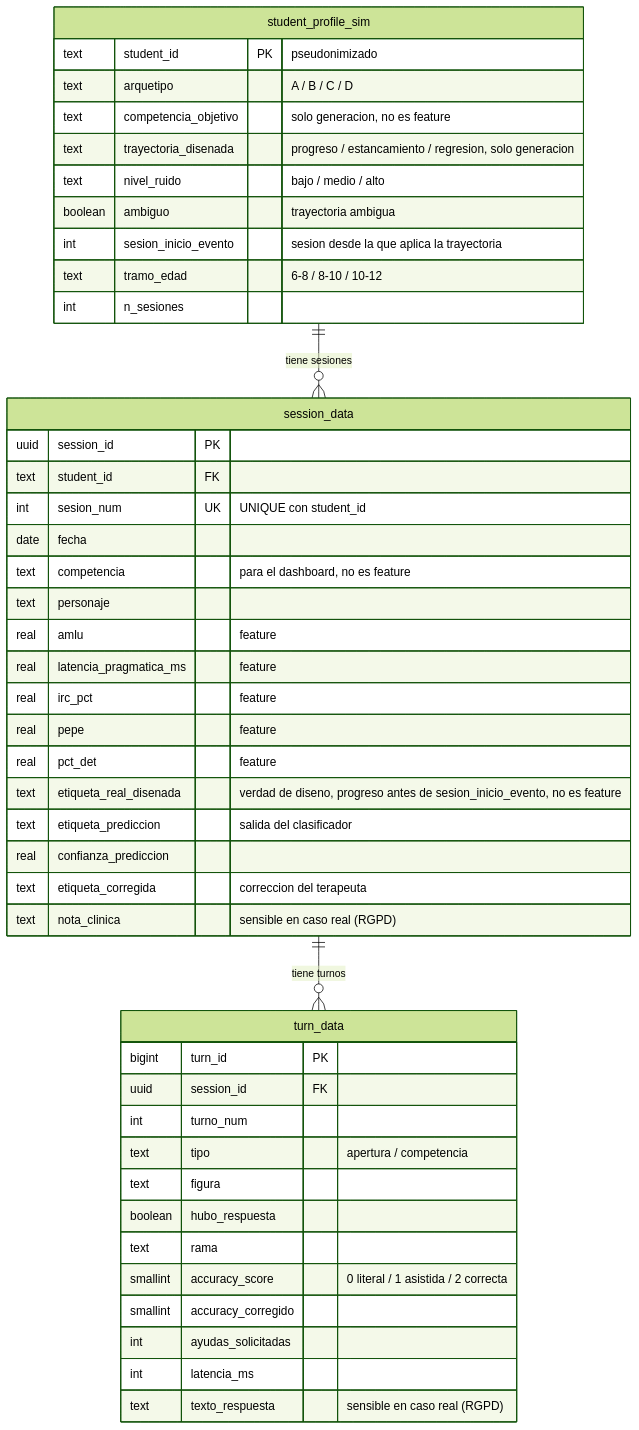
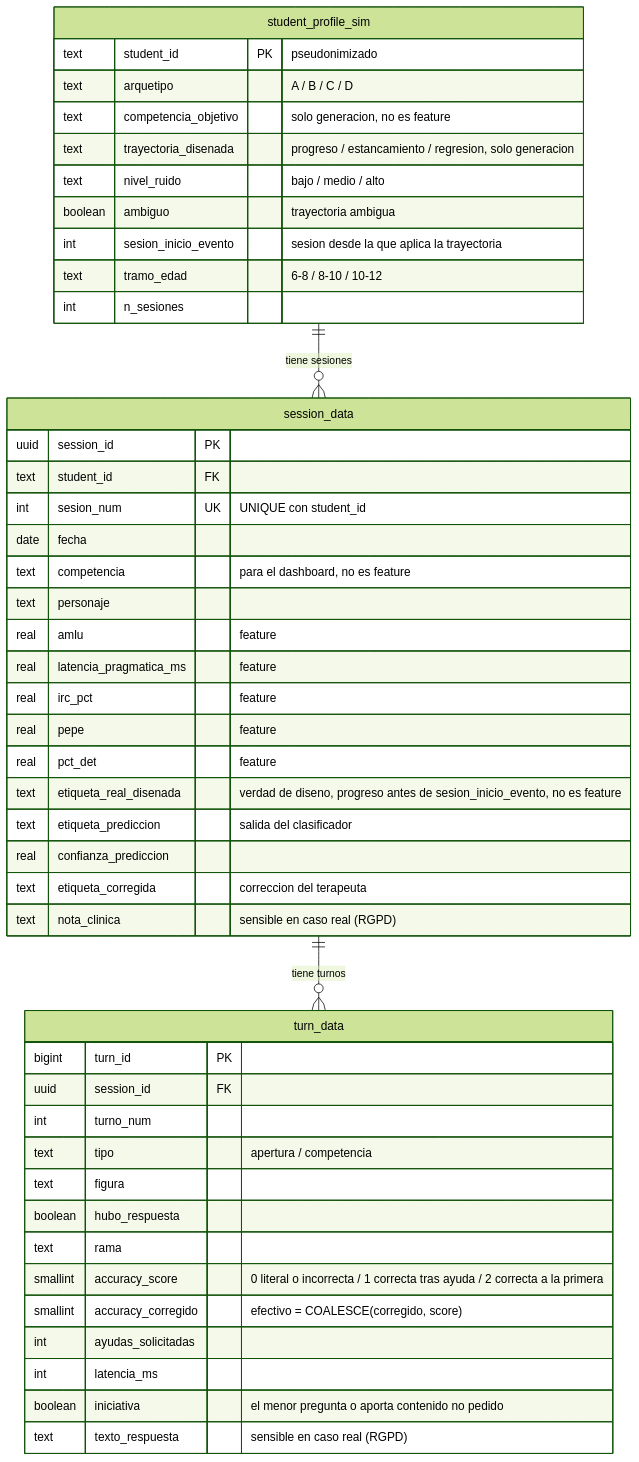
Before and after one commit to MarcosExp/Social-Sim-Chat: the diagram in docs/er.mmd, drawn with Mermaid (forest theme). The commit also changed 4 other files, not shown here.

Commit message:
Renombra environment/, ER con iniciativa, PNG en docs/ y README con arquitectura

```diff
--- a/docs/er.mmd
+++ b/docs/er.mmd
@@ -1,49 +1,50 @@
 erDiagram
     student_profile_sim ||--o{ session_data : "tiene sesiones"
     session_data ||--o{ turn_data : "tiene turnos"
 
     student_profile_sim {
         text student_id PK "pseudonimizado"
         text arquetipo "A / B / C / D"
         text competencia_objetivo "solo generacion, no es feature"
         text trayectoria_disenada "progreso / estancamiento / regresion, solo generacion"
         text nivel_ruido "bajo / medio / alto"
         boolean ambiguo "trayectoria ambigua"
         int sesion_inicio_evento "sesion desde la que aplica la trayectoria"
         text tramo_edad "6-8 / 8-10 / 10-12"
         int n_sesiones
     }
 
     session_data {
         uuid session_id PK
         text student_id FK
         int sesion_num UK "UNIQUE con student_id"
         date fecha
         text competencia "para el dashboard, no es feature"
         text personaje
         real amlu "feature"
         real latencia_pragmatica_ms "feature"
         real irc_pct "feature"
         real pepe "feature"
         real pct_det "feature"
         text etiqueta_real_disenada "verdad de diseno, progreso antes de sesion_inicio_evento, no es feature"
         text etiqueta_prediccion "salida del clasificador"
         real confianza_prediccion
         text etiqueta_corregida "correccion del terapeuta"
         text nota_clinica "sensible en caso real (RGPD)"
     }
 
     turn_data {
         bigint turn_id PK
         uuid session_id FK
         int turno_num
         text tipo "apertura / competencia"
         text figura
         boolean hubo_respuesta
         text rama
-        smallint accuracy_score "0 literal / 1 asistida / 2 correcta"
-        smallint accuracy_corregido
+        smallint accuracy_score "0 literal o incorrecta / 1 correcta tras ayuda / 2 correcta a la primera"
+        smallint accuracy_corregido "efectivo = COALESCE(corregido, score)"
         int ayudas_solicitadas
         int latencia_ms
+        boolean iniciativa "el menor pregunta o aporta contenido no pedido"
         text texto_respuesta "sensible en caso real (RGPD)"
     }
```
